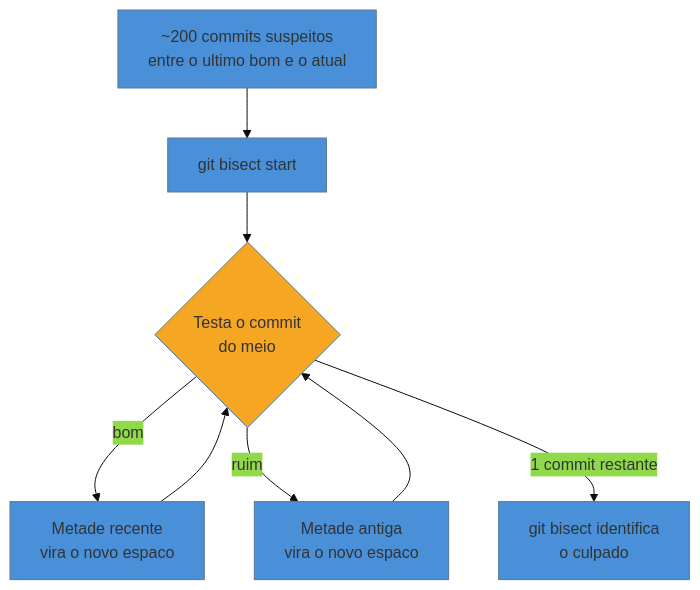
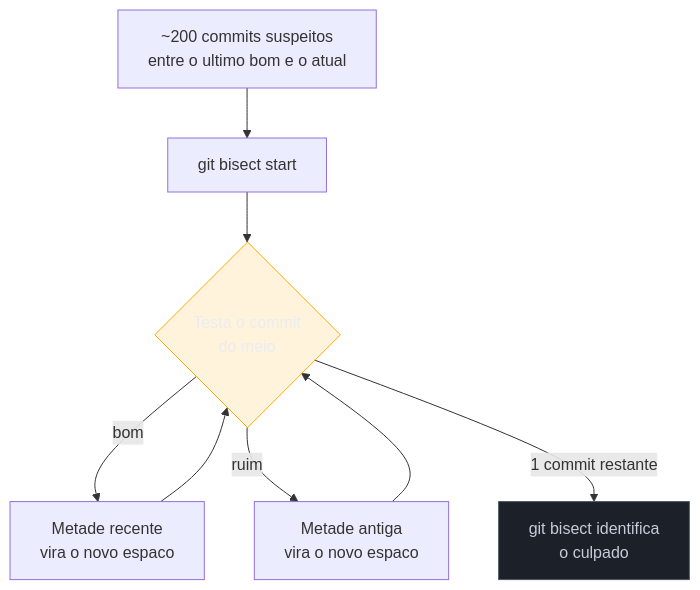
One commit to josenaldo/codex-technomanticus changed the second of 3 diagrams in 03-Dominios/Engenharia/Arqueologia e Restauração de Software/26 - Firefighting em produção.md. Above: the diagram before and after it, drawn with Mermaid. The commit also changed other lines of this file and 1181 other files, not shown here.

First line of the commit message:
fix(diagramas): paleta do sistema no lugar de cor cravada no markdown

````diff
--- a/03-Dominios/Engenharia/Arqueologia e Restauração de Software/26 - Firefighting em produção.md
+++ b/03-Dominios/Engenharia/Arqueologia e Restauração de Software/26 - Firefighting em produção.md
@@ -70,13 +72,14 @@
 ```mermaid
-%%{init: {"theme": "base", "themeVariables": {"primaryColor": "#4A90D9"}}}%%
 flowchart TD
+    classDef destaque fill:#FFAA0024,stroke:#FFAA00,color:#E9ECF2
+    classDef neutro fill:#1B2029,stroke:#4E5666,color:#C6CCD8
     G["~200 commits suspeitos<br/>entre o ultimo bom e o atual"] --> H["git bisect start"]
     H --> I{"Testa o commit<br/>do meio"}
     I -->|bom| J["Metade recente<br/>vira o novo espaco"]
     I -->|ruim| K["Metade antiga<br/>vira o novo espaco"]
     J --> I
     K --> I
     I -->|1 commit restante| L["git bisect identifica<br/>o culpado"]
-    style I fill:#F5A623
-    style L fill:#4A90D9
+    class I destaque
+    class L neutro
 ```
````
